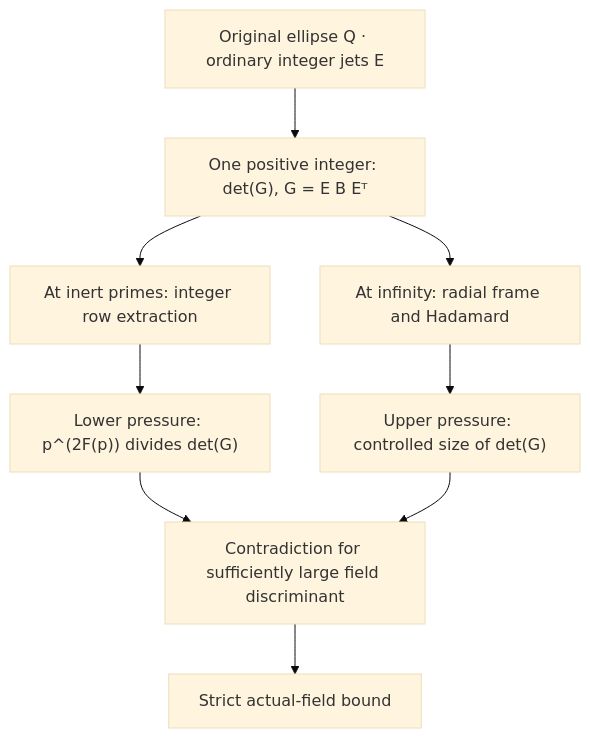
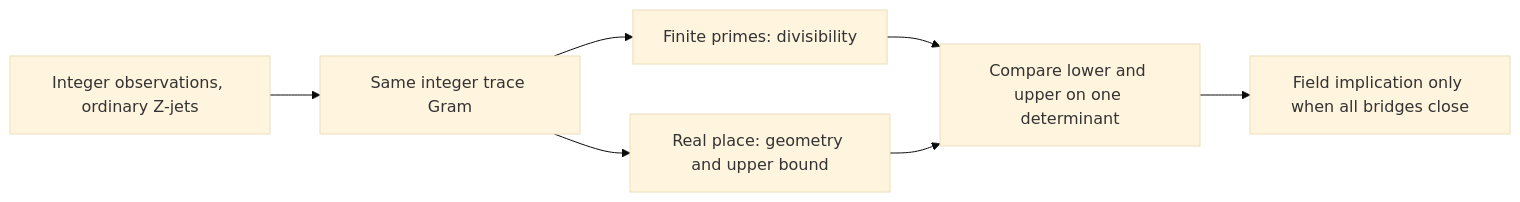
The diagram in README.md (Dojo-1/tenth-discriminant), drawn with Mermaid (base theme) before and after one commit. The commit also changed other lines of this file and 5 other files, not shown here.

````diff
--- a/README.md
+++ b/README.md
@@ -30,15 +40,9 @@
 ```mermaid
-flowchart TD
-    E["Original ellipse Q · ordinary integer jets E"]
-    G["One positive integer: det(G), G = E B Eᵀ"]
-    P["At inert primes: integer row extraction"]
-    A["At infinity: radial frame and Hadamard"]
-    L["Lower pressure: p^(2F(p)) divides det(G)"]
-    U["Upper pressure: controlled size of det(G)"]
-    X["Contradiction for sufficiently large field discriminant"]
-    K["Strict actual-field bound"]
-    E --> G
-    G --> P --> L --> X
-    G --> A --> U --> X
-    X --> K
+flowchart LR
+    Q["Integer observations, ordinary Z-jets"] --> E["Same integer trace Gram"]
+    E --> P["Finite primes: divisibility"]
+    E --> A["Real place: geometry and upper bound"]
+    P --> C["Compare lower and upper on one determinant"]
+    A --> C
+    C --> T["Field implication only when all bridges close"]
 ```
````
